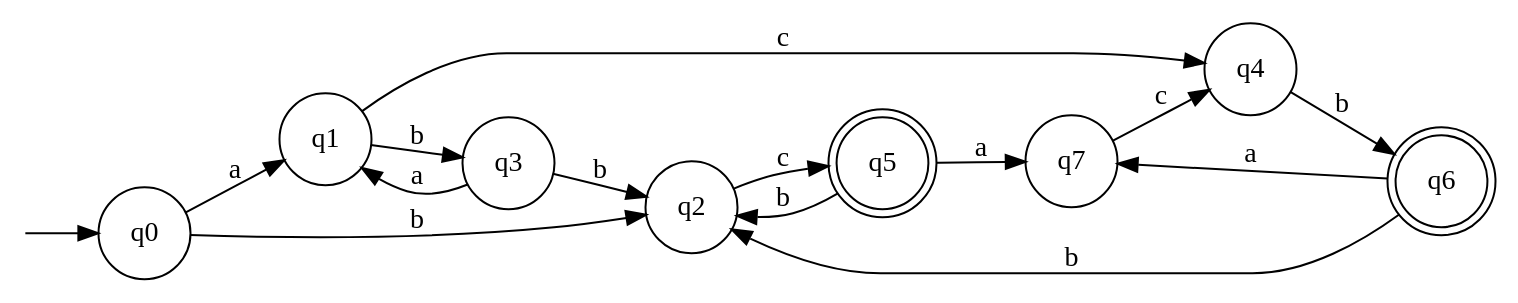
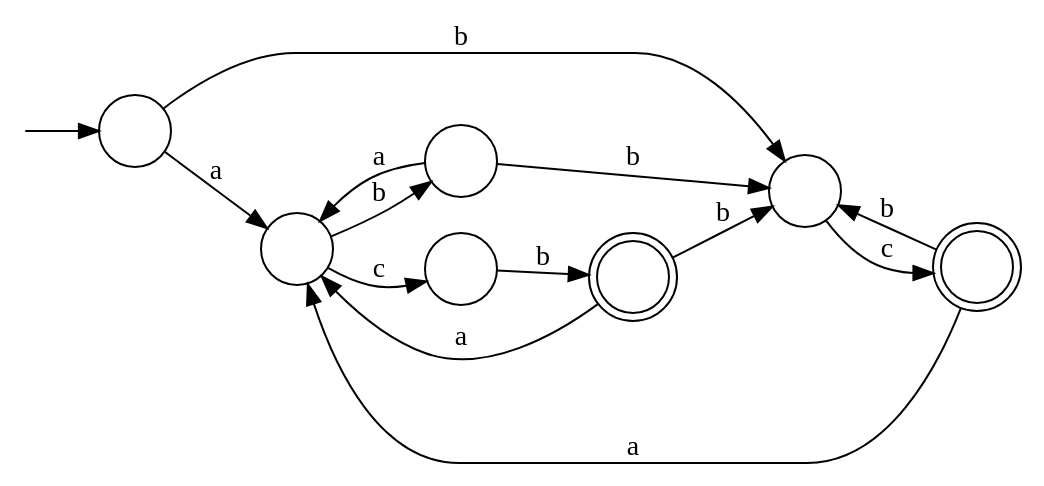
The diagram in dfa.dot (water-mizuu/finite_automata_conversion), drawn with Graphviz before and after one commit. The commit also changed 9 other files, not shown here.

```diff
--- a/dfa.dot
+++ b/dfa.dot
@@ -1,26 +1,24 @@
 digraph G {
   rankdir=LR;
   n__ [label="" shape=none width=.0];
-  0 [shape=circle label="q0"];
-  1 [shape=circle label="q1"];
-  2 [shape=circle label="q2"];
-  3 [shape=circle label="q3"];
-  4 [shape=circle label="q4"];
-  5 [shape=doublecircle label="q5"];
-  6 [shape=doublecircle label="q6"];
-  7 [shape=circle label="q7"];
+  0 [shape=circle label=""];
+  1 [shape=circle label=""];
+  2 [shape=circle label=""];
+  3 [shape=circle label=""];
+  4 [shape=circle label=""];
+  5 [shape=doublecircle label=""];
+  6 [shape=doublecircle label=""];
   n__ -> 0;
   0 -> 1 [label="a"];
   0 -> 2 [label="b"];
   1 -> 3 [label="b"];
   1 -> 4 [label="c"];
   2 -> 5 [label="c"];
   3 -> 1 [label="a"];
   3 -> 2 [label="b"];
   4 -> 6 [label="b"];
-  5 -> 7 [label="a"];
+  5 -> 1 [label="a"];
   5 -> 2 [label="b"];
-  6 -> 7 [label="a"];
+  6 -> 1 [label="a"];
   6 -> 2 [label="b"];
-  7 -> 4 [label="c"];
 }
```
